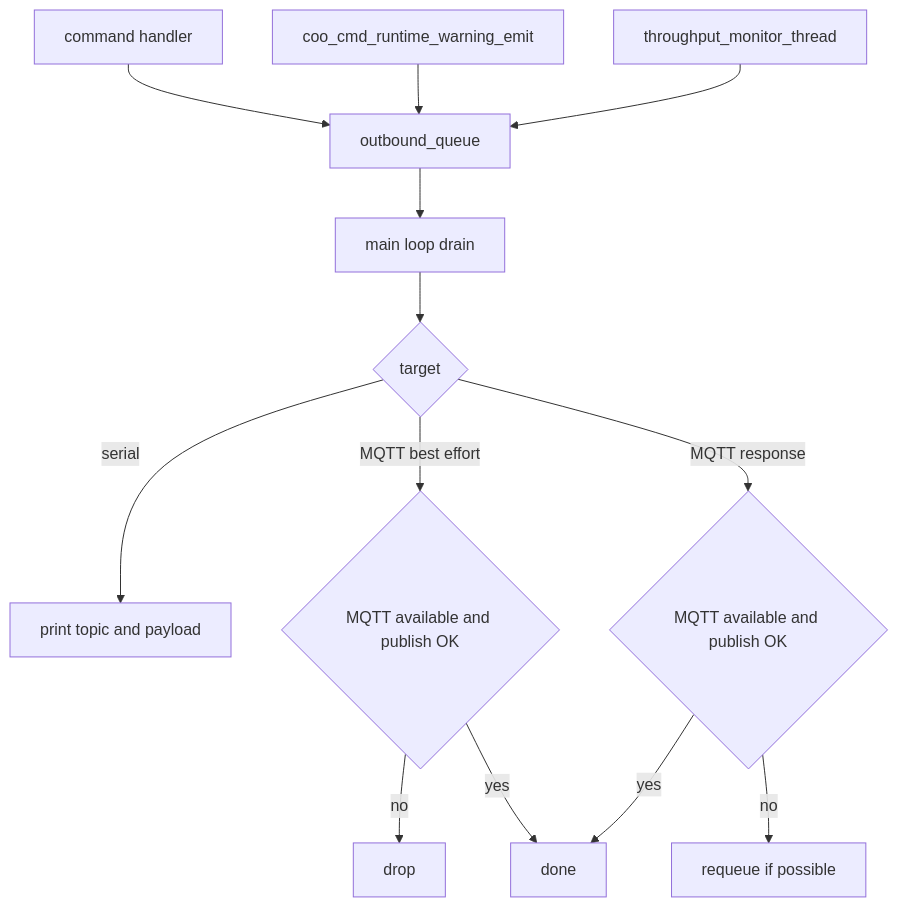
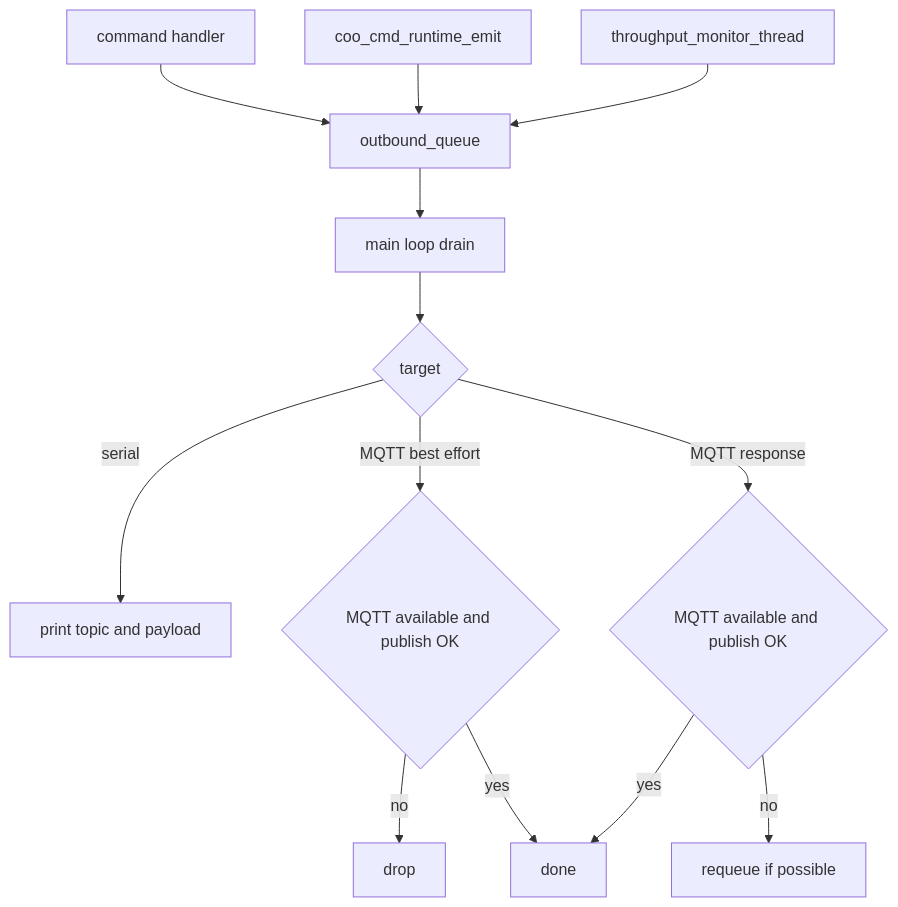
Before and after one commit to COO-Utilities/hispec-tib: the seventh of 22 diagrams in doc/diagrams.md, drawn with Mermaid. The commit also changed other lines of this file and 15 other files, not shown here.

````diff
--- a/doc/diagrams.md
+++ b/doc/diagrams.md
@@ -151,15 +151,15 @@
 ```mermaid
 flowchart TD
   Handler[command handler] --> OutQ[outbound_queue]
-  Warning[coo_cmd_runtime_warning_emit] --> OutQ
+  RuntimeEmit[coo_cmd_runtime_emit] --> OutQ
   Throughput[throughput_monitor_thread] --> OutQ
   OutQ --> Drain[main loop drain]
   Drain --> Target{target}
   Target -- serial --> Print[print topic and payload]
   Target -- MQTT best effort --> MQTTBE{MQTT available and publish OK}
   Target -- MQTT response --> MQTT{MQTT available and publish OK}
   MQTTBE -- no --> Drop[drop]
   MQTTBE -- yes --> Done[done]
   MQTT -- no --> Requeue[requeue if possible]
   MQTT -- yes --> Done
 ```
````
